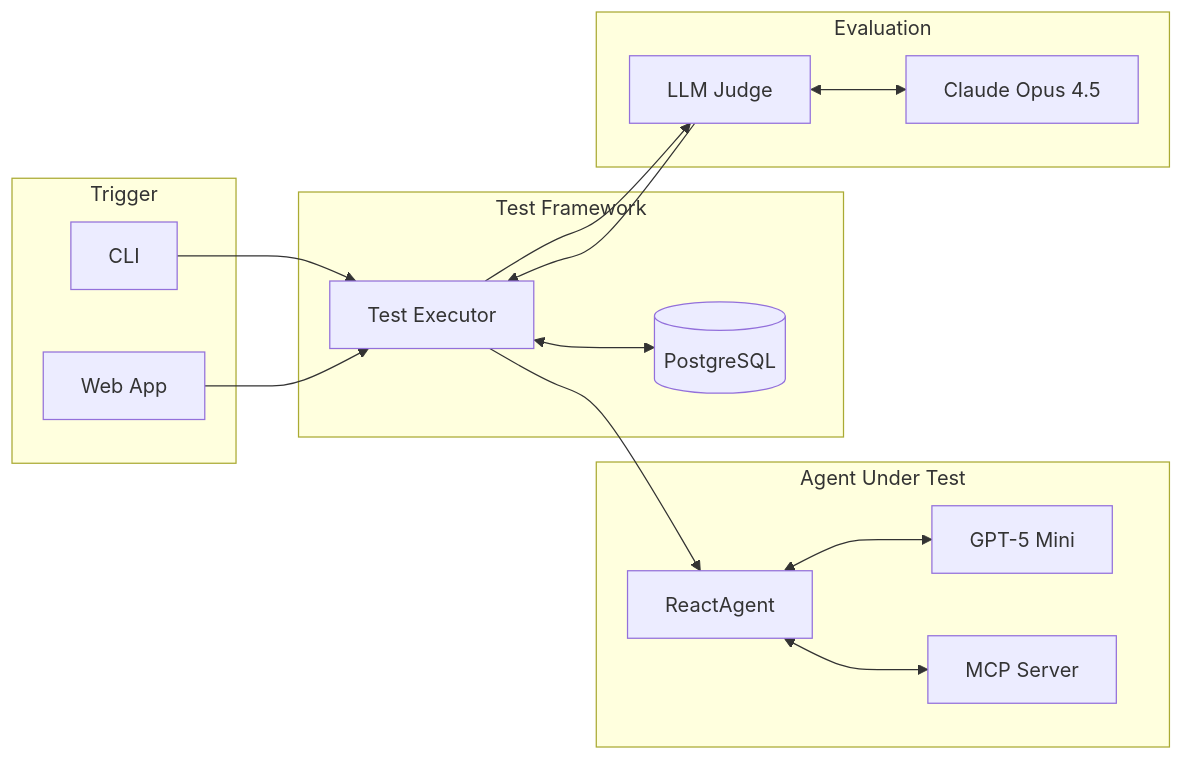
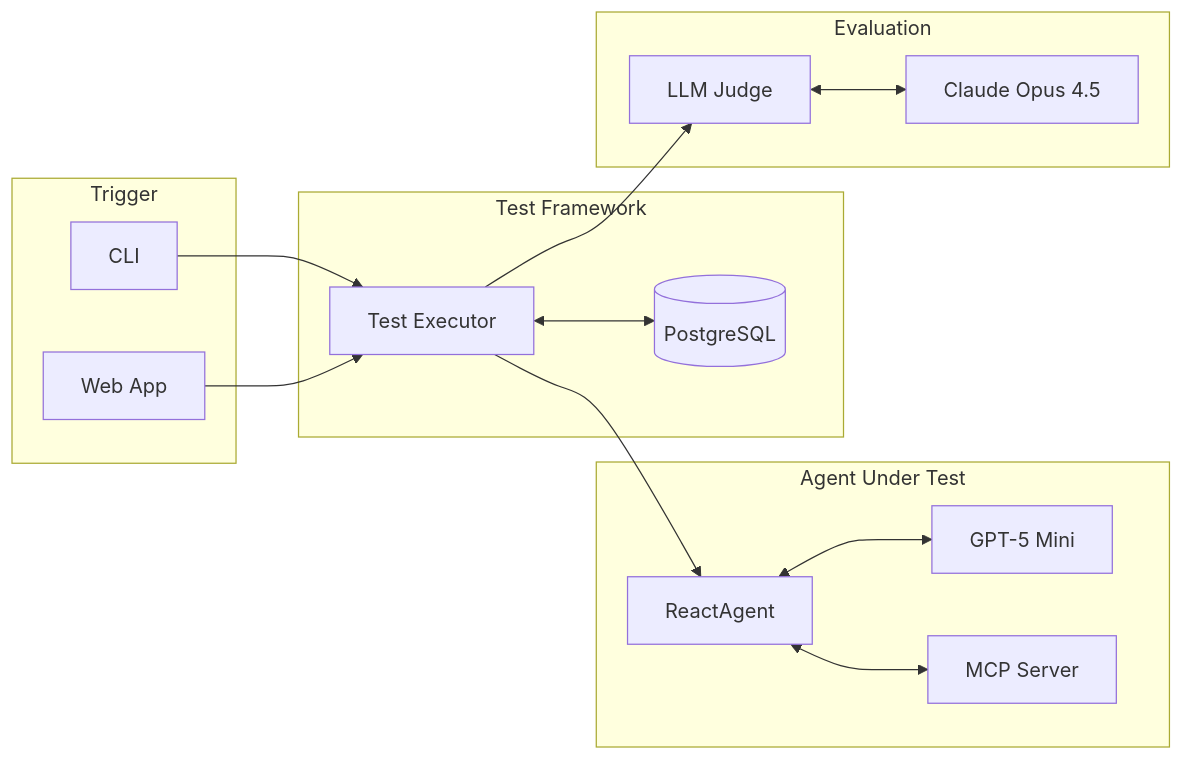
Before and after one commit to 1024inc/engineering-blog: the second of 2 diagrams in _posts/2025-12-26-llm-as-judge-e2e-testing-ai-agents.md, drawn with Mermaid.

````diff
--- a/_posts/2025-12-26-llm-as-judge-e2e-testing-ai-agents.md
+++ b/_posts/2025-12-26-llm-as-judge-e2e-testing-ai-agents.md
@@ -142,33 +142,32 @@
 ```mermaid
 flowchart LR
     subgraph Trigger[Trigger]
         CLI[CLI]
         Web[Web App]
     end
 
     subgraph Framework[Test Framework]
         Executor[Test Executor]
         DB[(PostgreSQL)]
     end
 
     subgraph Agent[Agent Under Test]
         RA[ReactAgent]
         LLM1[GPT-5 Mini]
         MCP[MCP Server]
     end
 
     subgraph Eval[Evaluation]
         Judge[LLM Judge]
         LLM2[Claude Opus 4.5]
     end
 
     CLI --> Executor
     Web --> Executor
     Executor <--> DB
     Executor --> RA
     RA <--> LLM1
     RA <--> MCP
     Executor --> Judge
     Judge <--> LLM2
-    Judge --> Executor
 ```
````
